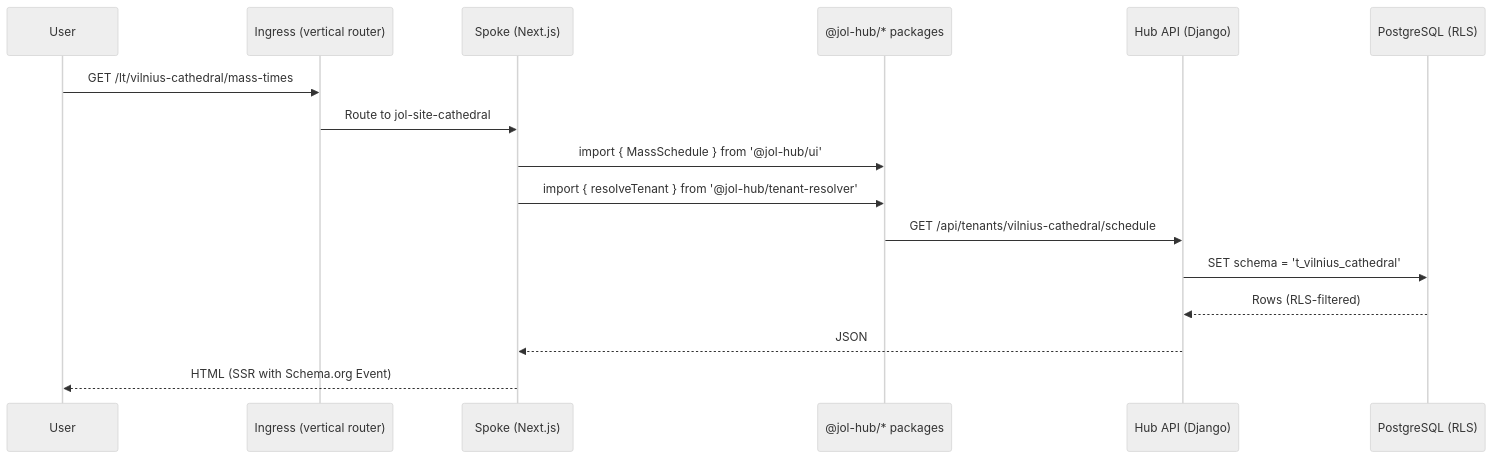
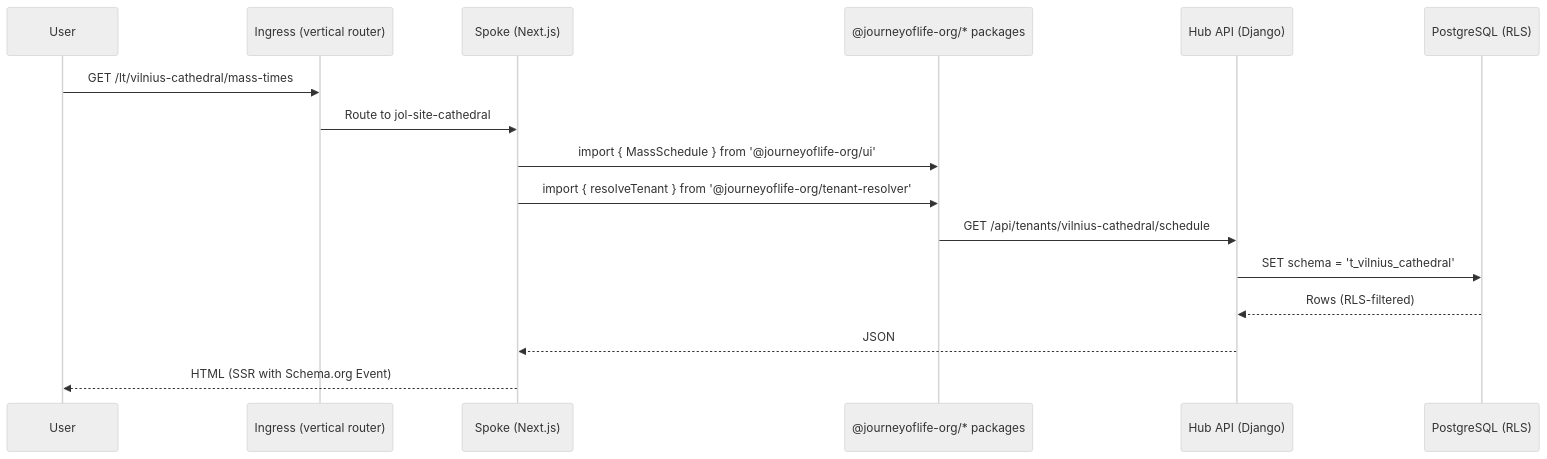
Before and after one commit to journeyoflife-org/jol-hub: the second of 3 diagrams in docs/architecture/frontend-topology-10-verticals.md, drawn with Mermaid (neutral theme). The commit also changed other lines of this file and 868 other files, not shown here.

First line of the commit message:
fix(ci): rename @jol-hub/* → @journeyoflife-org/* + bump Python 3.11→3.12

````diff
--- a/docs/architecture/frontend-topology-10-verticals.md
+++ b/docs/architecture/frontend-topology-10-verticals.md
@@ -91,19 +91,19 @@
 ```mermaid
 sequenceDiagram
     participant U as User
     participant I as Ingress (vertical router)
     participant S as Spoke (Next.js)
-    participant P as @jol-hub/* packages
+    participant P as @journeyoflife-org/* packages
     participant A as Hub API (Django)
     participant D as PostgreSQL (RLS)
 
     U->>I: GET /lt/vilnius-cathedral/mass-times
     I->>S: Route to jol-site-cathedral
-    S->>P: import { MassSchedule } from '@jol-hub/ui'
-    S->>P: import { resolveTenant } from '@jol-hub/tenant-resolver'
+    S->>P: import { MassSchedule } from '@journeyoflife-org/ui'
+    S->>P: import { resolveTenant } from '@journeyoflife-org/tenant-resolver'
     P->>A: GET /api/tenants/vilnius-cathedral/schedule
     A->>D: SET schema = 't_vilnius_cathedral'
     D-->>A: Rows (RLS-filtered)
     A-->>S: JSON
     S-->>U: HTML (SSR with Schema.org Event)
 ```
````
